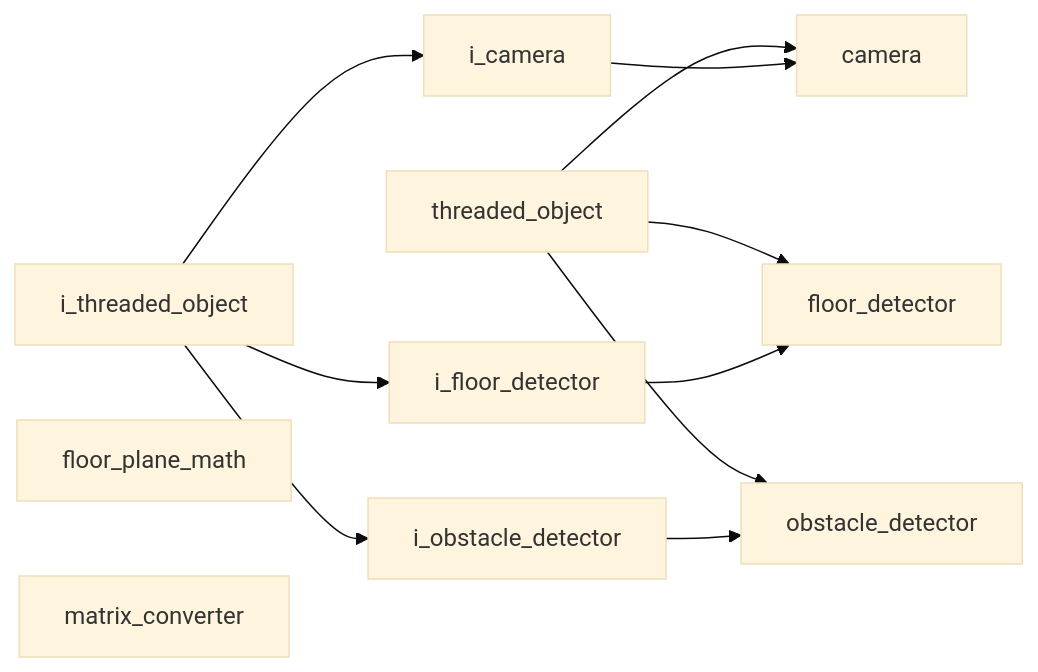
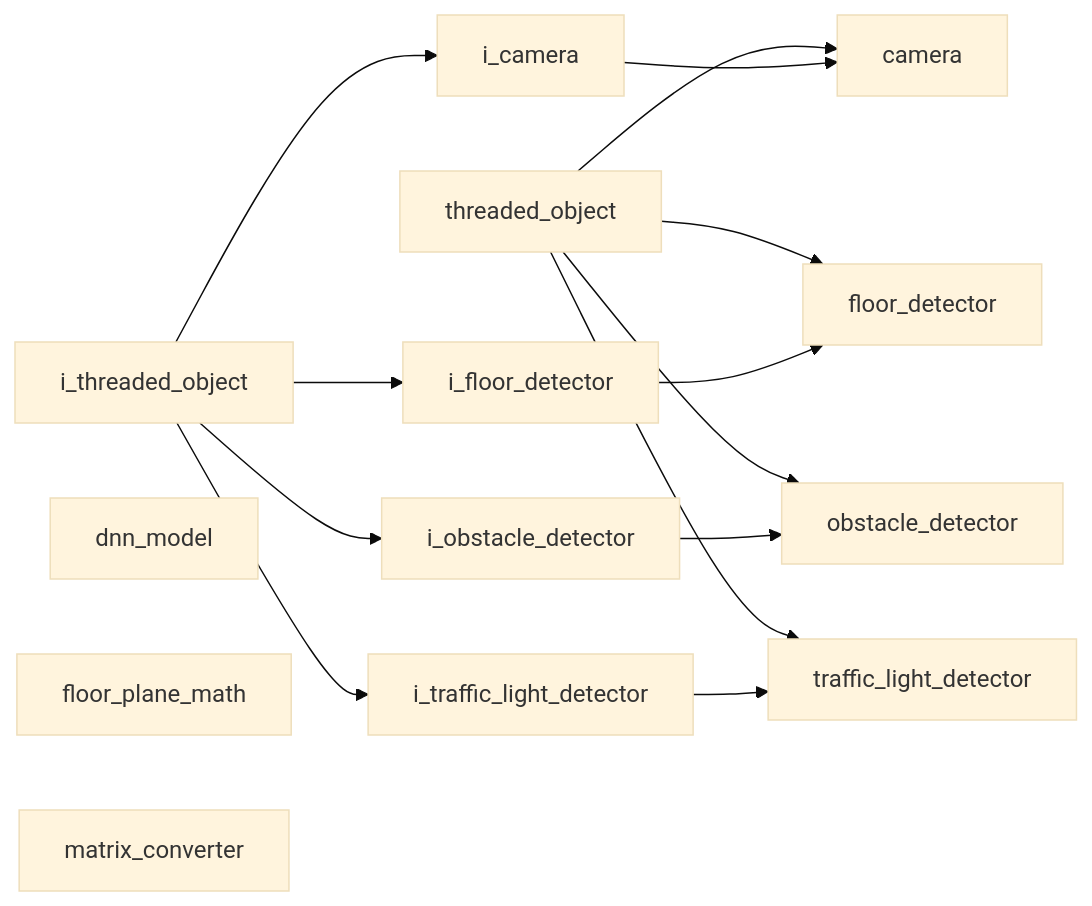
The diagram in docs/codebase/namespaces/vision/index.md (kasper-szczerba/acs_wiki), drawn with Mermaid (base theme) before and after one commit. The commit also changed other lines of this file and 13 other files, not shown here.

Commit message:
Add traffic light detector implementation and interface, enhance vision namespace documentation

````diff
--- a/docs/codebase/namespaces/vision/index.md
+++ b/docs/codebase/namespaces/vision/index.md
@@ -25,22 +28,28 @@
 ```mermaid
 graph LR
     C__DEV_vs_projects_acs_wiki_docs_codebase_namespaces_core_implementations_threaded_object["threaded_object"]
     C__DEV_vs_projects_acs_wiki_docs_codebase_namespaces_core_interfaces_i_threaded_object["i_threaded_object"]
     C__DEV_vs_projects_acs_wiki_docs_codebase_namespaces_vision_implementations_camera["camera"]
     C__DEV_vs_projects_acs_wiki_docs_codebase_namespaces_vision_implementations_floor_detector["floor_detector"]
     C__DEV_vs_projects_acs_wiki_docs_codebase_namespaces_vision_implementations_obstacle_detector["obstacle_detector"]
+    C__DEV_vs_projects_acs_wiki_docs_codebase_namespaces_vision_implementations_traffic_light_detector["traffic_light_detector"]
     C__DEV_vs_projects_acs_wiki_docs_codebase_namespaces_vision_interfaces_i_camera["i_camera"]
     C__DEV_vs_projects_acs_wiki_docs_codebase_namespaces_vision_interfaces_i_floor_detector["i_floor_detector"]
     C__DEV_vs_projects_acs_wiki_docs_codebase_namespaces_vision_interfaces_i_obstacle_detector["i_obstacle_detector"]
+    C__DEV_vs_projects_acs_wiki_docs_codebase_namespaces_vision_interfaces_i_traffic_light_detector["i_traffic_light_detector"]
+    C__DEV_vs_projects_acs_wiki_docs_codebase_namespaces_vision_utility_dnn_model["dnn_model"]
     C__DEV_vs_projects_acs_wiki_docs_codebase_namespaces_vision_utility_floor_plane_math["floor_plane_math"]
     C__DEV_vs_projects_acs_wiki_docs_codebase_namespaces_vision_utility_matrix_converter["matrix_converter"]
     C__DEV_vs_projects_acs_wiki_docs_codebase_namespaces_core_implementations_threaded_object --> C__DEV_vs_projects_acs_wiki_docs_codebase_namespaces_vision_implementations_camera
     C__DEV_vs_projects_acs_wiki_docs_codebase_namespaces_core_implementations_threaded_object --> C__DEV_vs_projects_acs_wiki_docs_codebase_namespaces_vision_implementations_floor_detector
     C__DEV_vs_projects_acs_wiki_docs_codebase_namespaces_core_implementations_threaded_object --> C__DEV_vs_projects_acs_wiki_docs_codebase_namespaces_vision_implementations_obstacle_detector
+    C__DEV_vs_projects_acs_wiki_docs_codebase_namespaces_core_implementations_threaded_object --> C__DEV_vs_projects_acs_wiki_docs_codebase_namespaces_vision_implementations_traffic_light_detector
     C__DEV_vs_projects_acs_wiki_docs_codebase_namespaces_core_interfaces_i_threaded_object --> C__DEV_vs_projects_acs_wiki_docs_codebase_namespaces_vision_interfaces_i_camera
     C__DEV_vs_projects_acs_wiki_docs_codebase_namespaces_core_interfaces_i_threaded_object --> C__DEV_vs_projects_acs_wiki_docs_codebase_namespaces_vision_interfaces_i_floor_detector
     C__DEV_vs_projects_acs_wiki_docs_codebase_namespaces_core_interfaces_i_threaded_object --> C__DEV_vs_projects_acs_wiki_docs_codebase_namespaces_vision_interfaces_i_obstacle_detector
+    C__DEV_vs_projects_acs_wiki_docs_codebase_namespaces_core_interfaces_i_threaded_object --> C__DEV_vs_projects_acs_wiki_docs_codebase_namespaces_vision_interfaces_i_traffic_light_detector
     C__DEV_vs_projects_acs_wiki_docs_codebase_namespaces_vision_interfaces_i_camera --> C__DEV_vs_projects_acs_wiki_docs_codebase_namespaces_vision_implementations_camera
     C__DEV_vs_projects_acs_wiki_docs_codebase_namespaces_vision_interfaces_i_floor_detector --> C__DEV_vs_projects_acs_wiki_docs_codebase_namespaces_vision_implementations_floor_detector
     C__DEV_vs_projects_acs_wiki_docs_codebase_namespaces_vision_interfaces_i_obstacle_detector --> C__DEV_vs_projects_acs_wiki_docs_codebase_namespaces_vision_implementations_obstacle_detector
+    C__DEV_vs_projects_acs_wiki_docs_codebase_namespaces_vision_interfaces_i_traffic_light_detector --> C__DEV_vs_projects_acs_wiki_docs_codebase_namespaces_vision_implementations_traffic_light_detector
 ```
````
